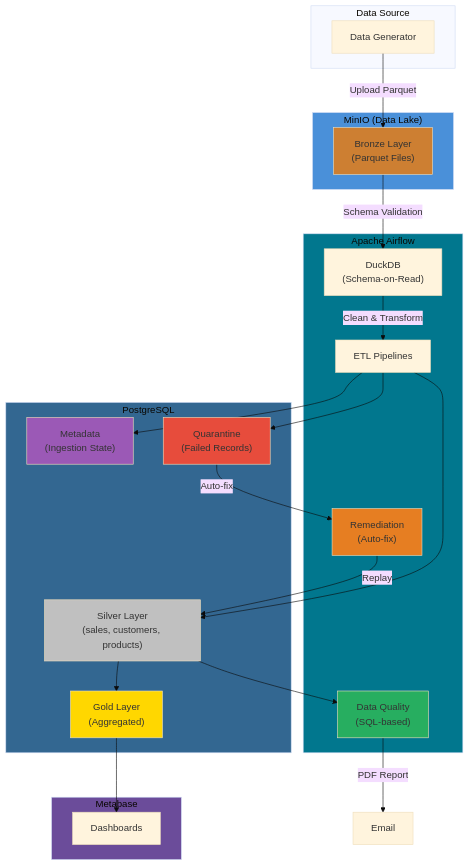
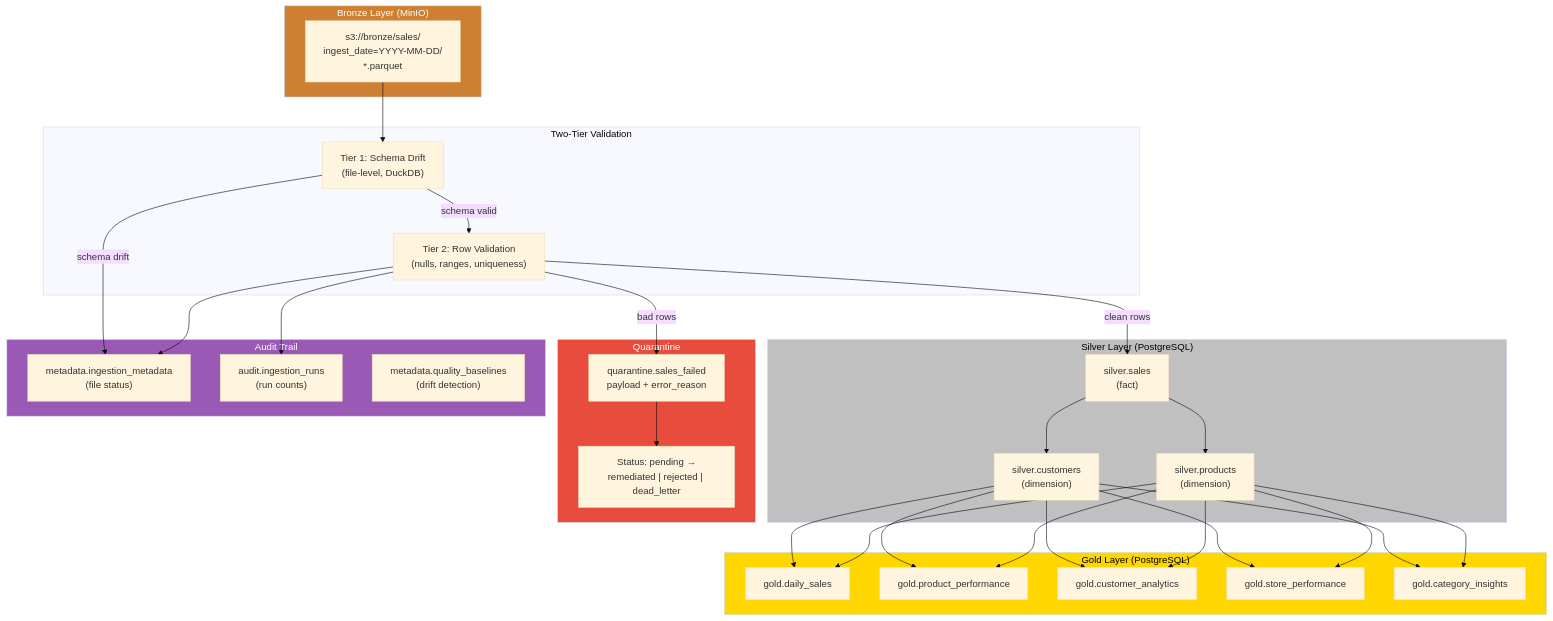
Before and after one commit to Airlectric/Amalitech_CI-CD-and-Workflow-Automation_Mini-Data-Mart: the second of 6 diagrams in docs/architecture/architecture.md, drawn with Mermaid (base theme). The commit also changed other lines of this file and 19 other files, not shown here.

````diff
--- a/docs/architecture/architecture.md
+++ b/docs/architecture/architecture.md
@@ -5,53 +67,57 @@
 ```mermaid
 flowchart TB
-    subgraph Source["Data Source"]
-        DG["Data Generator"]
+    subgraph Bronze["Bronze Layer (MinIO)"]
+        Raw["s3://bronze/sales/<br/>ingest_date=YYYY-MM-DD/<br/>*.parquet"]
     end
 
-    subgraph Lake["MinIO (Data Lake)"]
-        Bronze["Bronze Layer<br/>(Parquet Files)"]
+    subgraph Validation["Two-Tier Validation"]
+        T1["Tier 1: Schema Drift<br/>(file-level, DuckDB)"]
+        T2["Tier 2: Row Validation<br/>(nulls, ranges, uniqueness)"]
     end
 
-    subgraph Airflow["Apache Airflow"]
-        DuckDB["DuckDB<br/>(Schema-on-Read)"]
-        Pipeline["ETL Pipelines"]
-        Quality["Data Quality<br/>(SQL-based)"]
-        Remediation["Remediation<br/>(Auto-fix)"]
+    subgraph Silver["Silver Layer (PostgreSQL)"]
+        Sales["silver.sales<br/>(fact)"]
+        Customers["silver.customers<br/>(dimension)"]
+        Products["silver.products<br/>(dimension)"]
     end
 
-    subgraph DW["PostgreSQL"]
-        Metadata["Metadata<br/>(Ingestion State)"]
-        Quarantine["Quarantine<br/>(Failed Records)"]
-        Silver["Silver Layer<br/>(sales, customers, products)"]
-        Gold["Gold Layer<br/>(Aggregated)"]
+    subgraph QLayer["Quarantine"]
+        QTable["quarantine.sales_failed<br/>payload + error_reason"]
+        QStatus["Status: pending →<br/>remediated | rejected | dead_letter"]
     end
 
-    subgraph Viz["Metabase"]
-        Dash["Dashboards"]
+    subgraph Gold["Gold Layer (PostgreSQL)"]
+        Daily["gold.daily_sales"]
+        ProdPerf["gold.product_performance"]
+        CustAnal["gold.customer_analytics"]
+        StorePerf["gold.store_performance"]
+        CatIns["gold.category_insights"]
     end
 
-    DG -->|Upload Parquet| Bronze
-    Bronze -->|Schema Validation| DuckDB
-    DuckDB -->|Clean & Transform| Pipeline
-    Pipeline --> Metadata
-    Pipeline --> Silver
-    Pipeline --> Quarantine
-    Silver --> Quality
-    Quality -->|PDF Report| Email
-    Quarantine -->|Auto-fix| Remediation
-    Remediation -->|Replay| Silver
-    Silver --> Gold
-    Gold --> Dash
+    subgraph Tracking["Audit Trail"]
+        Meta["metadata.ingestion_metadata<br/>(file status)"]
+        Audit["audit.ingestion_runs<br/>(run counts)"]
+        Baselines["metadata.quality_baselines<br/>(drift detection)"]
+    end
 
-    style Lake fill:#4A90D9
-    style Airflow fill:#01778E
-    style Bronze fill:#CD7F32
-    style Silver fill:#C0C0C0
-    style Gold fill:#FFD700
-    style Quarantine fill:#E74C3C
-    style Metadata fill:#9B59B6
-    style DW fill:#336791
-    style Viz fill:#6B4C9A
-    style Quality fill:#27AE60
-    style Remediation fill:#E67E22
+    Raw --> T1
+    T1 -->|schema valid| T2
+    T1 -->|schema drift| Meta
+    T2 -->|clean rows| Sales
+    T2 -->|bad rows| QTable
+    T2 --> Meta
+    T2 --> Audit
+
+    Sales --> Customers
+    Sales --> Products
+
+    Customers & Products --> Daily & ProdPerf & CustAnal & StorePerf & CatIns
+
+    QTable --> QStatus
+
+    style Bronze fill:#CD7F32,color:#fff
+    style Silver fill:#C0C0C0,color:#000
+    style Gold fill:#FFD700,color:#000
+    style QLayer fill:#E74C3C,color:#fff
+    style Tracking fill:#9B59B6,color:#fff
 ```
````
